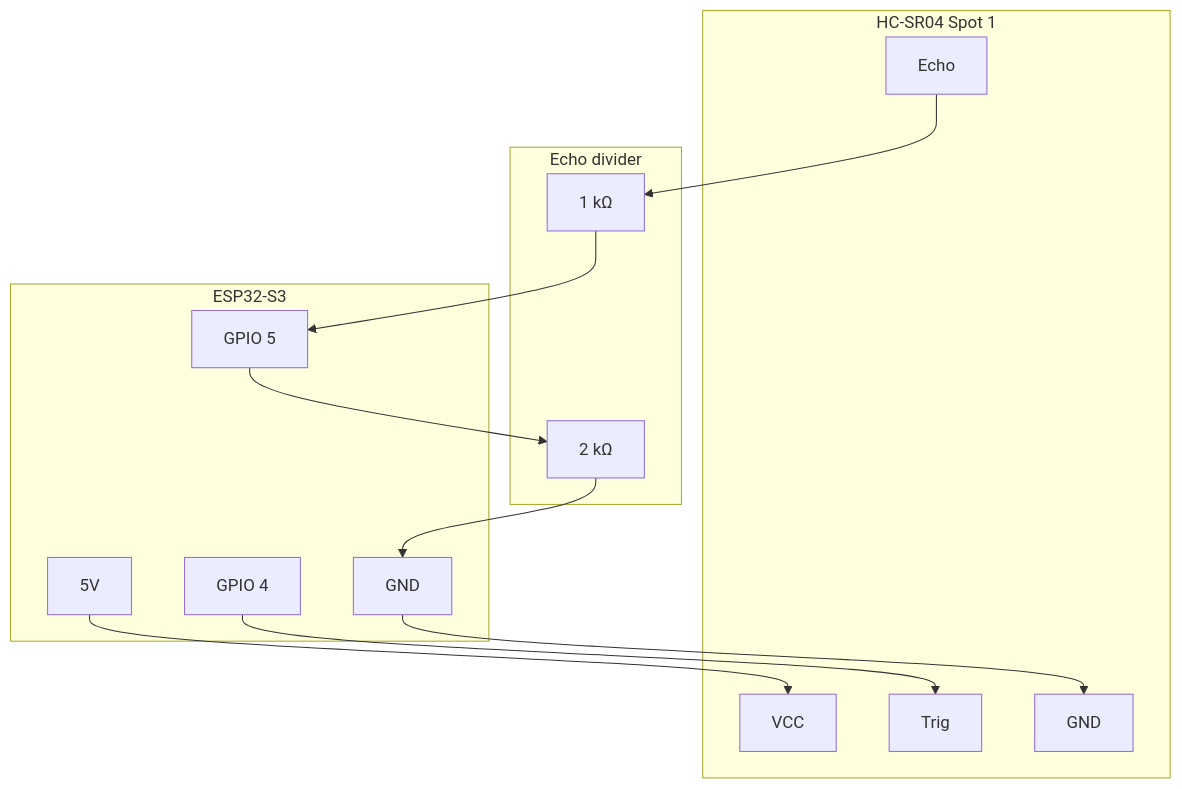
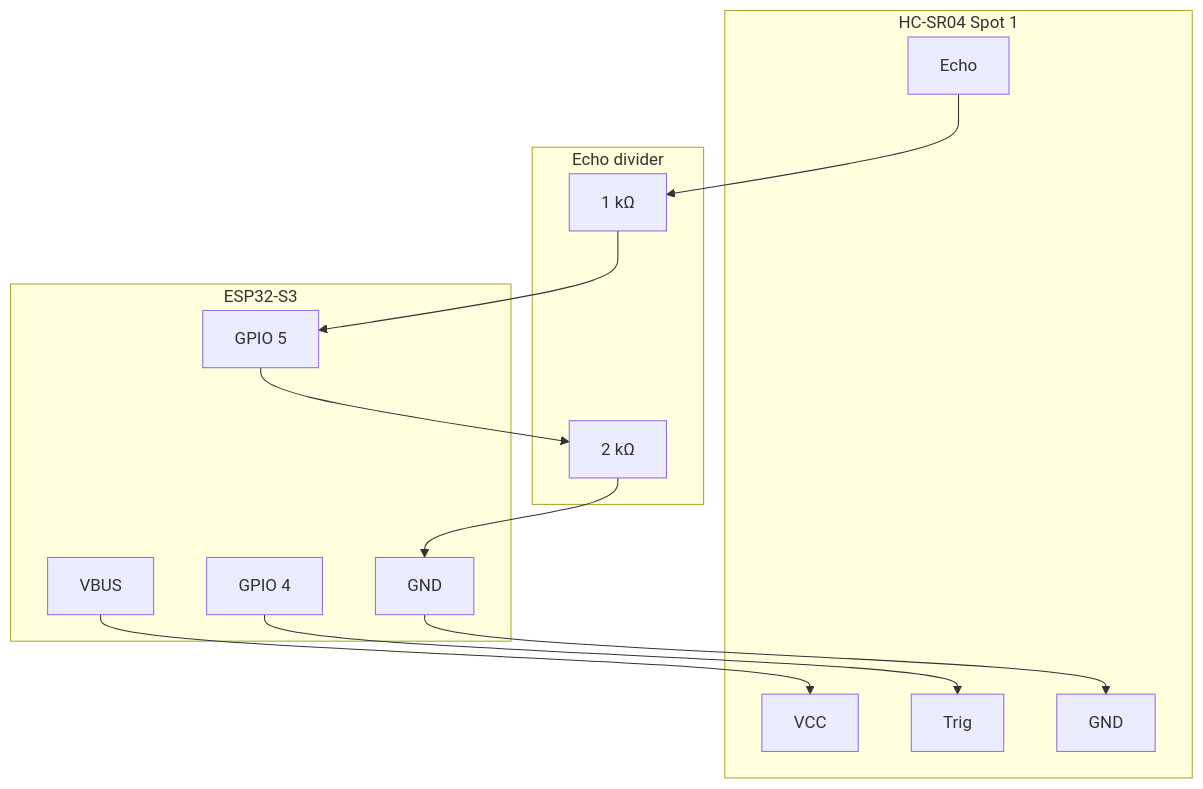
Before and after one commit to dwisnowski/PerfectPark: the third of 3 diagrams in docs/wiring.md, drawn with Mermaid. The commit also changed other lines of this file and 6 other files, not shown here.

````diff
--- a/docs/wiring.md
+++ b/docs/wiring.md
@@ -127,27 +128,27 @@
 ```mermaid
 flowchart TB
     subgraph HC1[HC-SR04 Spot 1]
         VCC1[VCC]
         TRIG1[Trig]
         ECHO1[Echo]
         GND1[GND]
     end
 
     subgraph DIV1[Echo divider]
         R1A[1 kΩ]
         R1B[2 kΩ]
     end
 
     subgraph ESP[ESP32-S3]
-        P5V[5V]
+        PVBUS[VBUS]
         PGND[GND]
         G4[GPIO 4]
         G5[GPIO 5]
     end
 
-    P5V --> VCC1
+    PVBUS --> VCC1
     PGND --> GND1
     G4 --> TRIG1
     ECHO1 --> R1A --> G5
     G5 --> R1B --> PGND
 ```
````
